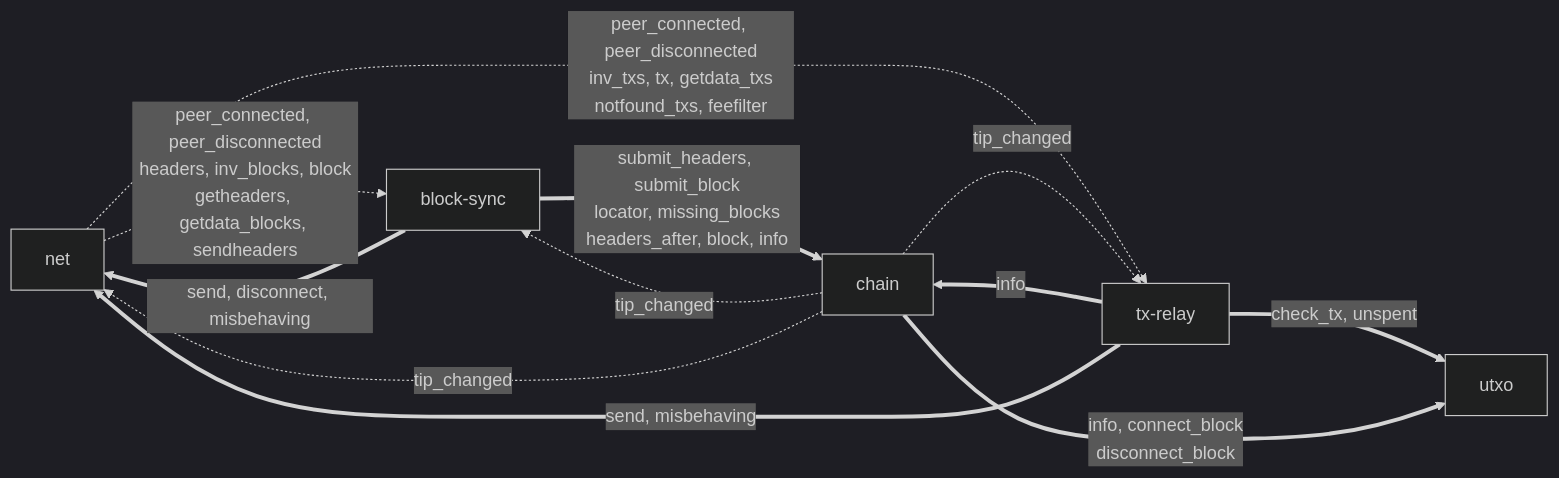
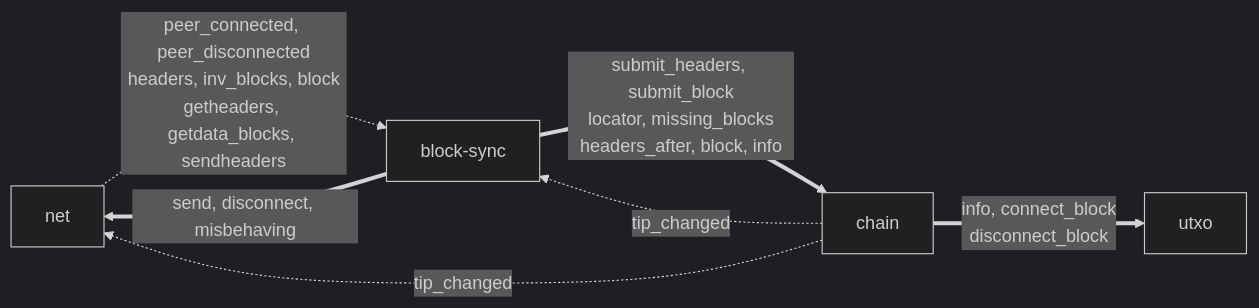
The second of 3 diagrams in docs/architecture/overview.md (RustBTCD/btcd), drawn with Mermaid (dark theme) before and after one commit. The commit also changed other lines of this file and 31 other files, not shown here.

````diff
--- a/docs/architecture/overview.md
+++ b/docs/architecture/overview.md
@@ -45,21 +43,15 @@
 ```mermaid
 flowchart LR
     net["net"]
     bs["block-sync"]
-    tr["tx-relay"]
     chain["chain"]
     utxo["utxo"]
 
     net -. "peer_connected, peer_disconnected<br/>headers, inv_blocks, block<br/>getheaders, getdata_blocks, sendheaders" .-> bs
-    net -. "peer_connected, peer_disconnected<br/>inv_txs, tx, getdata_txs<br/>notfound_txs, feefilter" .-> tr
     chain -. "tip_changed" .-> bs
-    chain -. "tip_changed" .-> tr
     chain -. "tip_changed" .-> net
 
     bs == "submit_headers, submit_block<br/>locator, missing_blocks<br/>headers_after, block, info" ==> chain
     bs == "send, disconnect, misbehaving" ==> net
-    tr == "check_tx, unspent" ==> utxo
-    tr == "info" ==> chain
-    tr == "send, misbehaving" ==> net
     chain == "info, connect_block<br/>disconnect_block" ==> utxo
 ```
````
